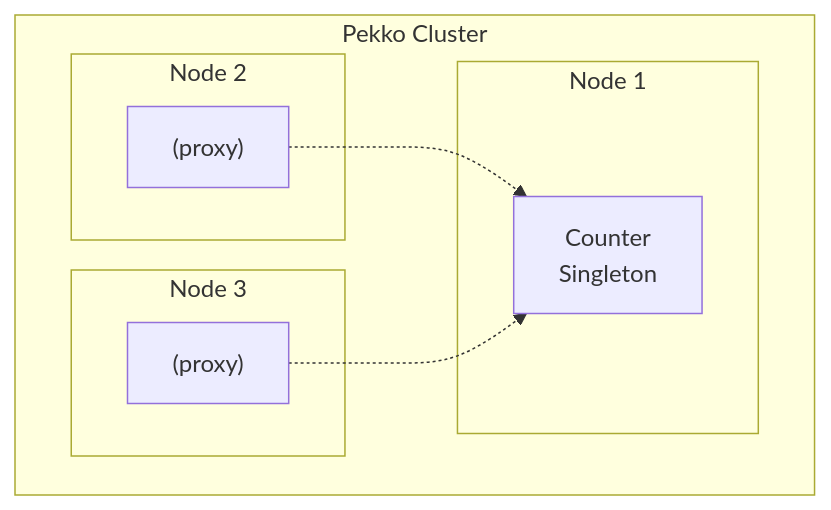
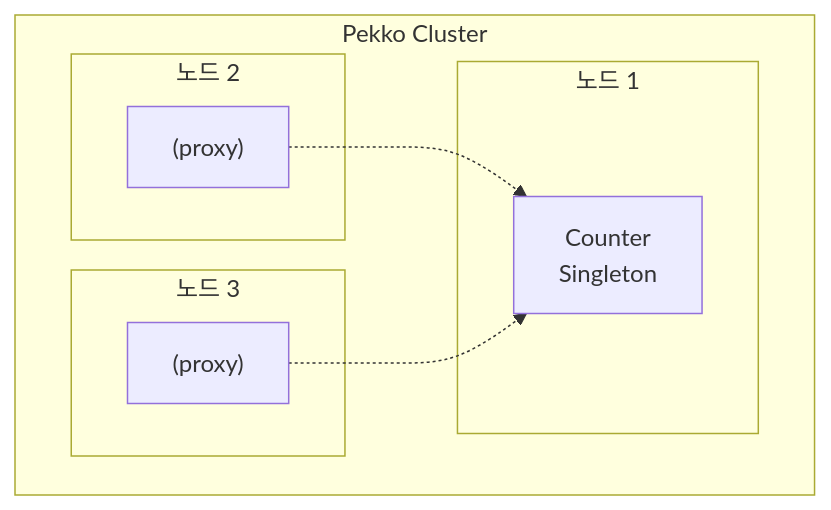
The second of 2 diagrams in spring-boot-optional-cluster/README.md (iceflower/pekko-kotlin-demo), drawn with Mermaid before and after one commit. The commit also changed other lines of this file and 13 other files, not shown here.

````diff
--- a/spring-boot-optional-cluster/README.md
+++ b/spring-boot-optional-cluster/README.md
@@ -115,19 +117,19 @@
 ```mermaid
 flowchart TB
     subgraph Cluster[Pekko Cluster]
-        subgraph Node1[Node 1]
+        subgraph Node1[노드 1]
             Singleton["Counter<br/>Singleton"]
         end
 
-        subgraph Node2[Node 2]
+        subgraph Node2[노드 2]
             Proxy2["(proxy)"]
         end
 
-        subgraph Node3[Node 3]
+        subgraph Node3[노드 3]
             Proxy3["(proxy)"]
         end
 
         Proxy2 -.-> Singleton
         Proxy3 -.-> Singleton
     end
 ```
````
